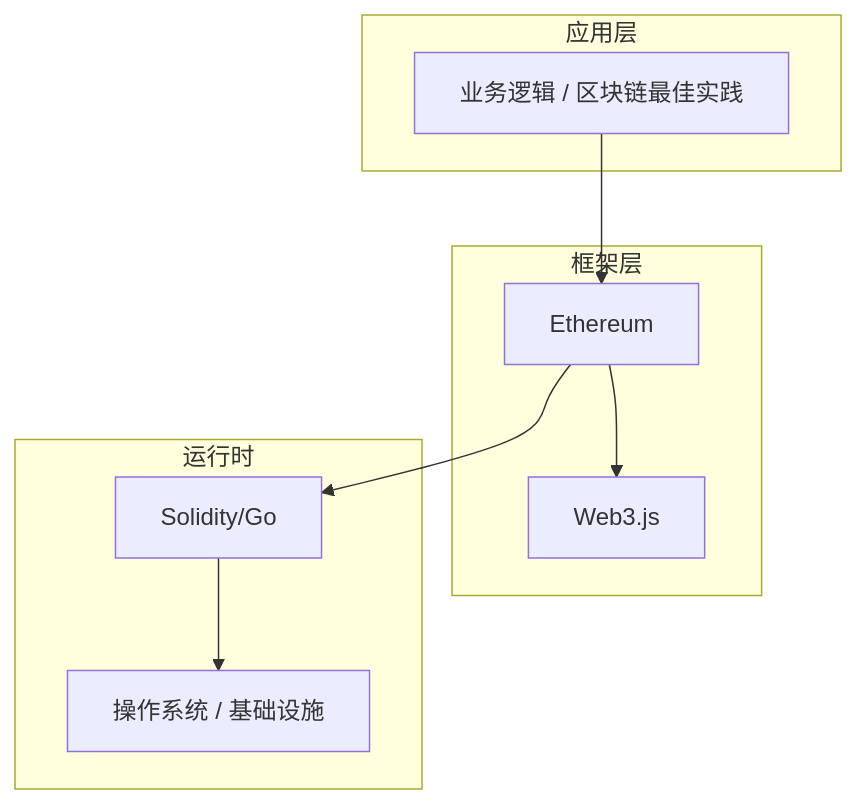
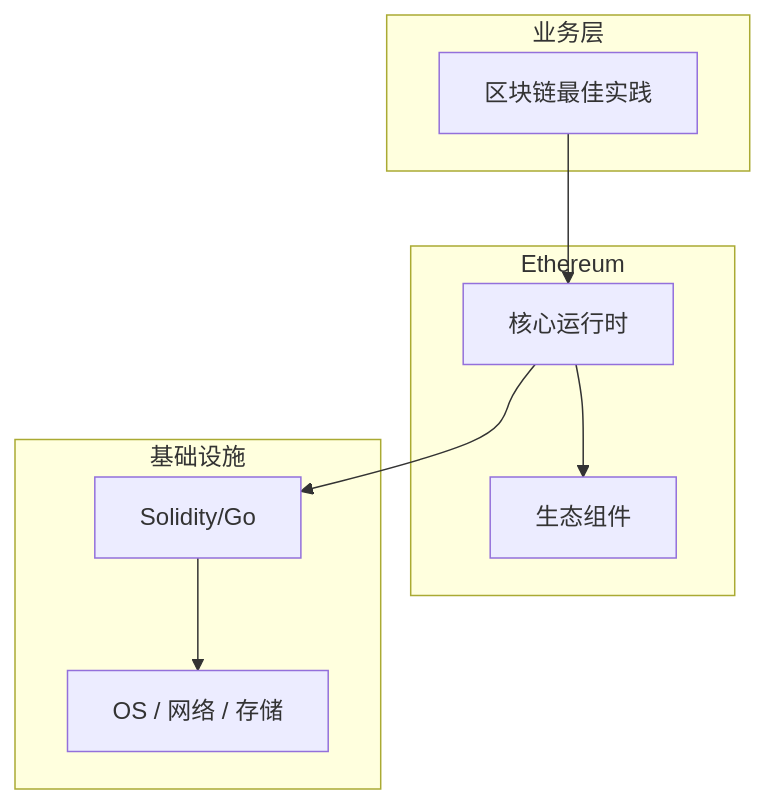
One commit to yanggan2015/knowledge-json-v2 changed the diagram in articles/区块链/chapters/076-区块链最佳实践核心概念与原理.md. Above: the diagram before and after it, drawn with Mermaid. The commit also changed other lines of this file and 10127 other files, not shown here.

````diff
--- a/articles/区块链/chapters/076-区块链最佳实践核心概念与原理.md
+++ b/articles/区块链/chapters/076-区块链最佳实践核心概念与原理.md
@@ -45,18 +34,18 @@
 ```mermaid
 graph TB
-    subgraph 应用层
-        A[业务逻辑 / 区块链最佳实践]
+    subgraph 业务层
+        A[区块链最佳实践]
     end
-    subgraph 框架层
-        B[Ethereum]
-        C[Web3.js]
+    subgraph Ethereum
+        B[核心运行时]
+        C[生态组件]
     end
-    subgraph 运行时
+    subgraph 基础设施
         D[Solidity/Go]
-        E[操作系统 / 基础设施]
+        E[OS / 网络 / 存储]
     end
     A --> B
     B --> C
     B --> D
     D --> E
 ```
````
